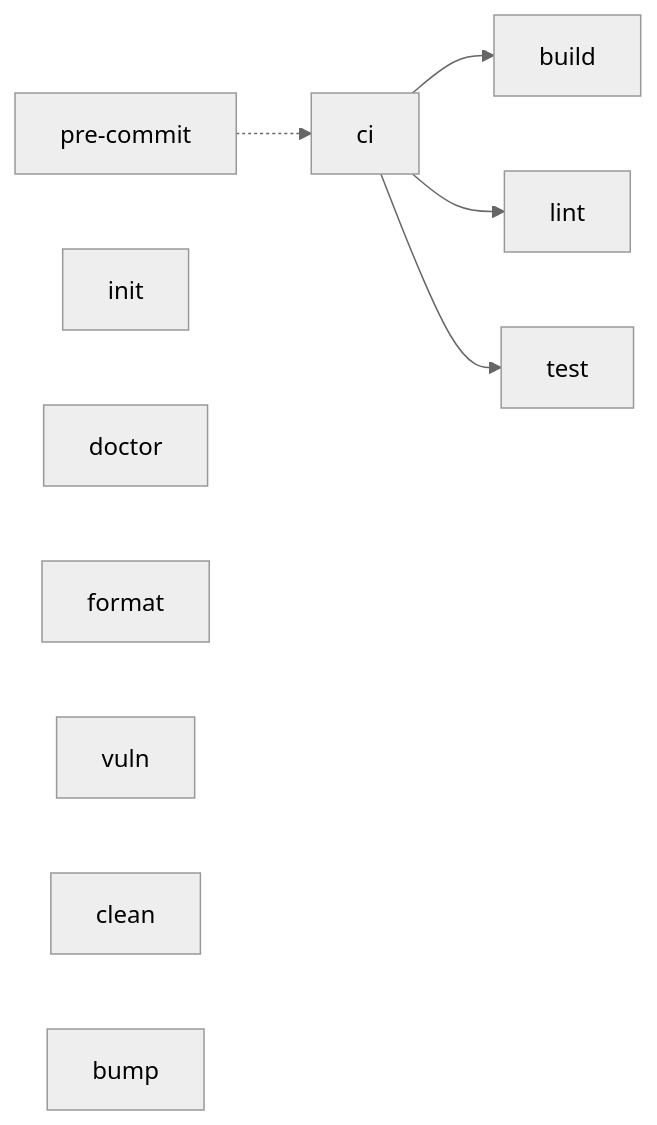
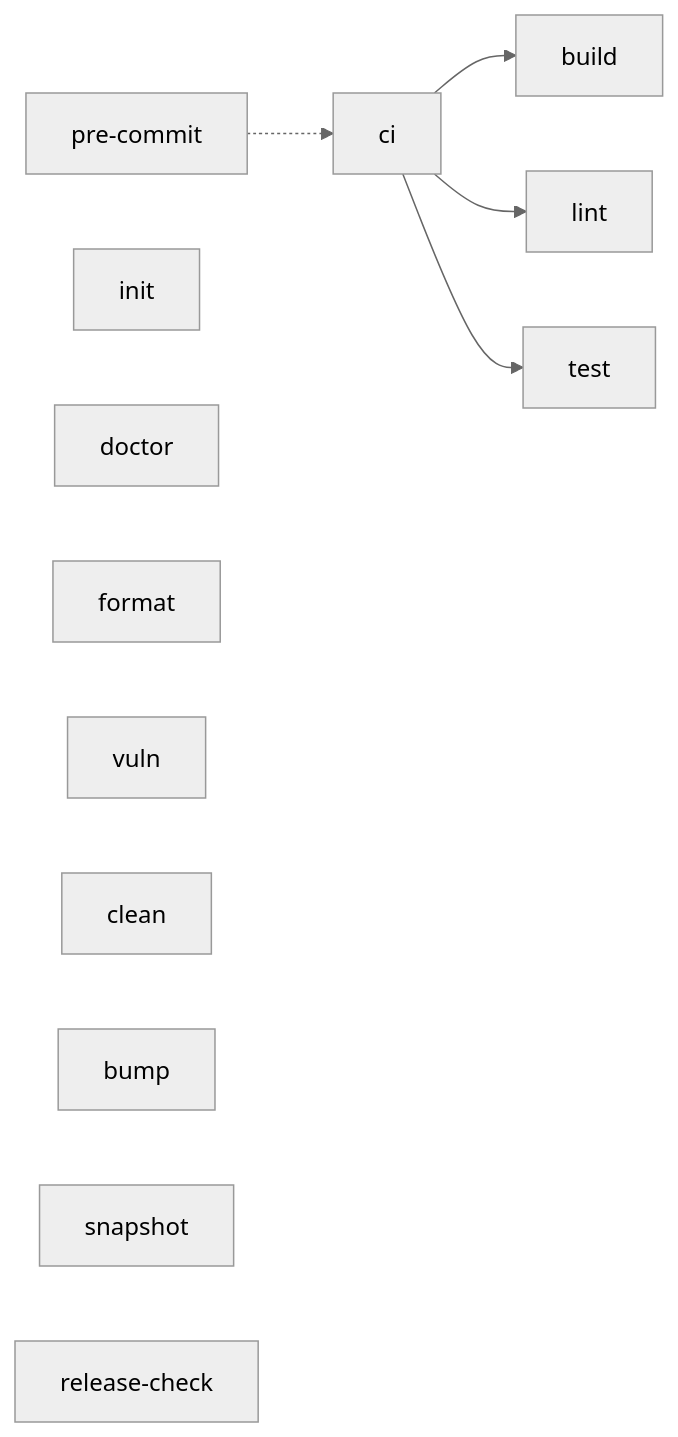
One commit to lolay/ghx changed the diagram in Makefile.md. Above: the diagram before and after it, drawn with Mermaid (neutral theme). The commit also changed other lines of this file and 2 other files, not shown here.

First line of the commit message:
m1.s2 Add goreleaser config and snapshot targets

````diff
--- a/Makefile.md
+++ b/Makefile.md
@@ -10,14 +10,16 @@
 ```mermaid
 graph LR
     ci --> build
     ci --> lint
     ci --> test
     pre-commit -.-> ci
 
     init
     doctor
     format
     vuln
     clean
     bump
+    snapshot
+    release-check
 ```
````
